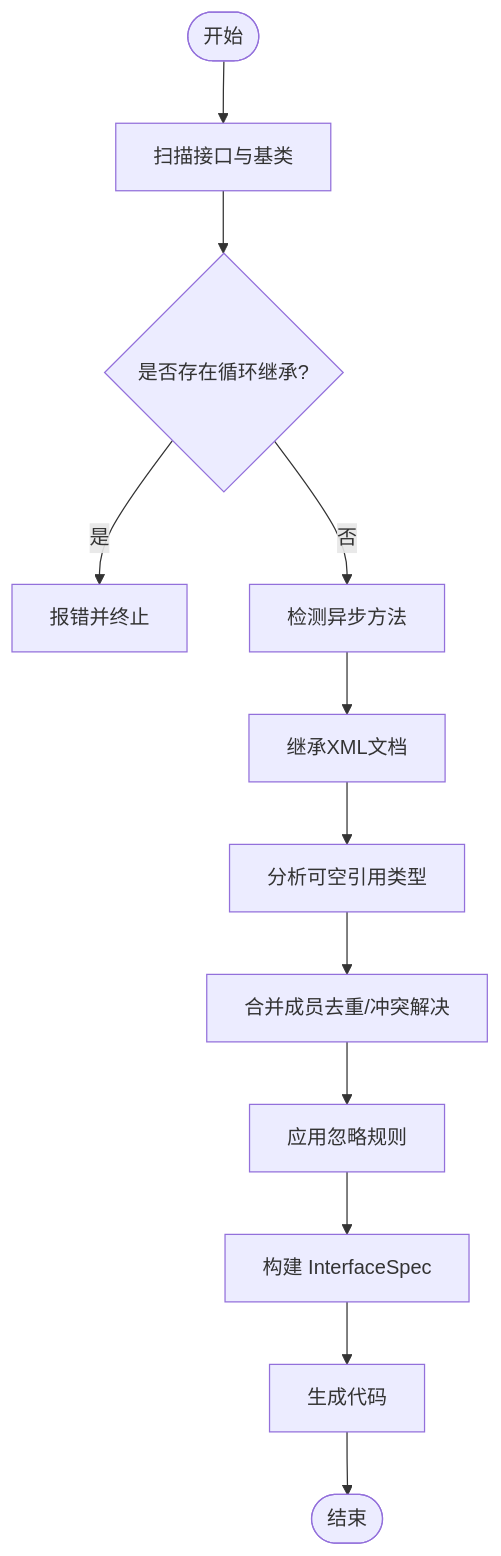
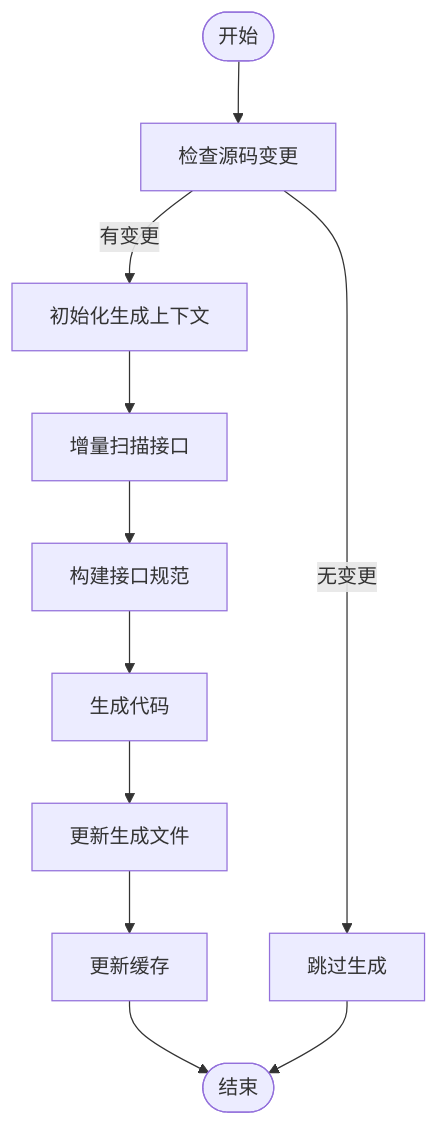
Before and after one commit to alivy/AutoCode: the fifth of 7 diagrams in .qoder/repowiki/zh/content/源代码生成器/源代码生成器.md, drawn with Mermaid. The commit also changed other lines of this file and 150 other files, not shown here.

````diff
--- a/.qoder/repowiki/zh/content/源代码生成器/源代码生成器.md
+++ b/.qoder/repowiki/zh/content/源代码生成器/源代码生成器.md
@@ -341,14 +458,13 @@
 ```mermaid
 flowchart TD
-Start(["开始"]) --> Scan["扫描接口与基类"]
-Scan --> CheckCycle{"是否存在循环继承?"}
-CheckCycle --> |是| Error["报错并终止"]
-CheckCycle --> |否| DetectAsync["检测异步方法"]
-DetectAsync --> InheritXml["继承XML文档"]
-InheritXml --> AnalyzeNullable["分析可空引用类型"]
-AnalyzeNullable --> MergeMembers["合并成员去重/冲突解决"]
-MergeMembers --> ApplyIgnore["应用忽略规则"]
-ApplyIgnore --> BuildSpec["构建 InterfaceSpec"]
+Start(["开始"]) --> CheckChange["检查源码变更"]
+CheckChange --> |无变更| Skip["跳过生成"]
+CheckChange --> |有变更| InitCtx["初始化生成上下文"]
+InitCtx --> Scan["增量扫描接口"]
+Scan --> BuildSpec["构建接口规范"]
 BuildSpec --> Generate["生成代码"]
-Generate --> End(["结束"])
+Generate --> UpdateFiles["更新生成文件"]
+UpdateFiles --> Cache["更新缓存"]
+Cache --> End(["结束"])
+Skip --> End
 ```
````
